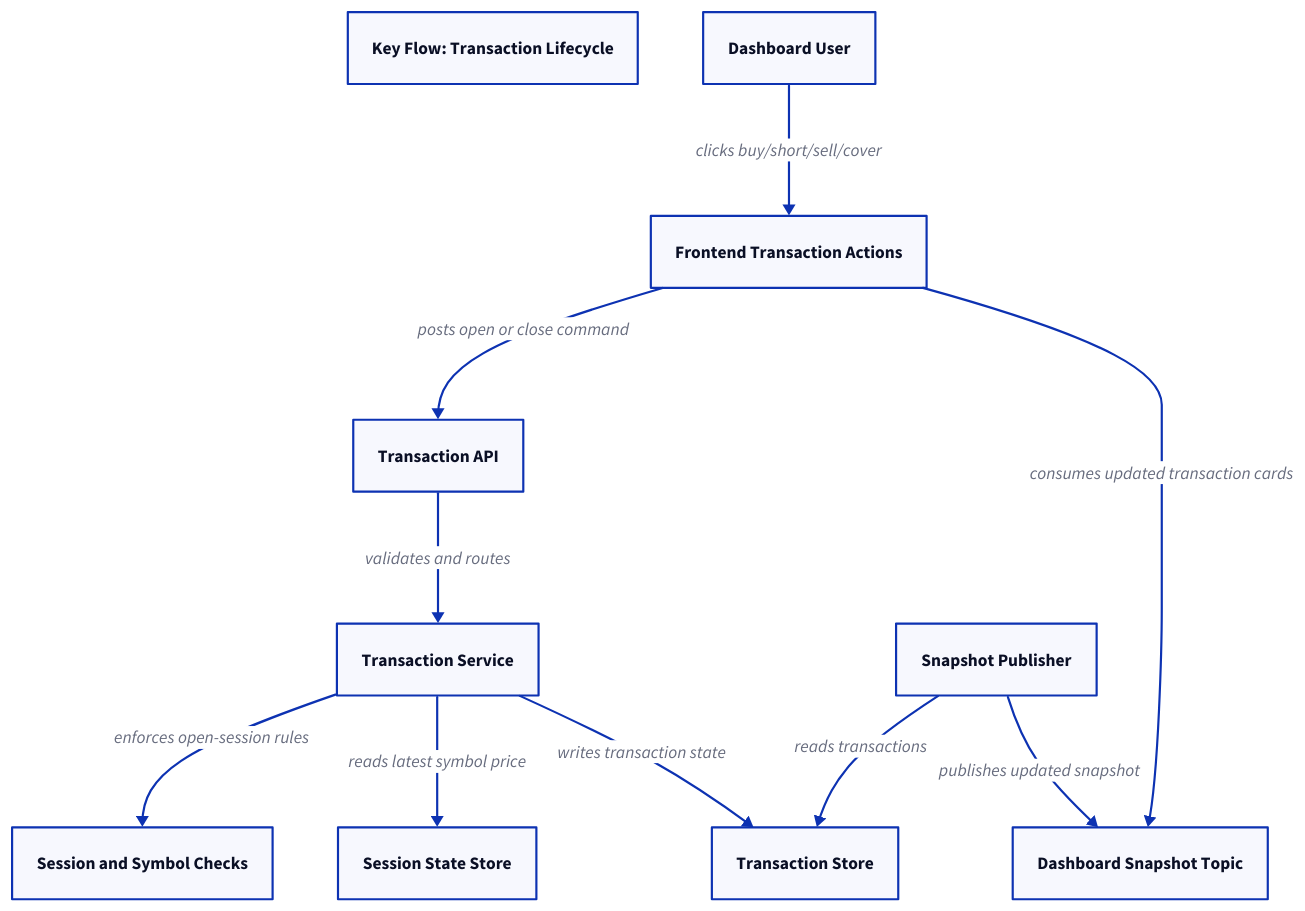
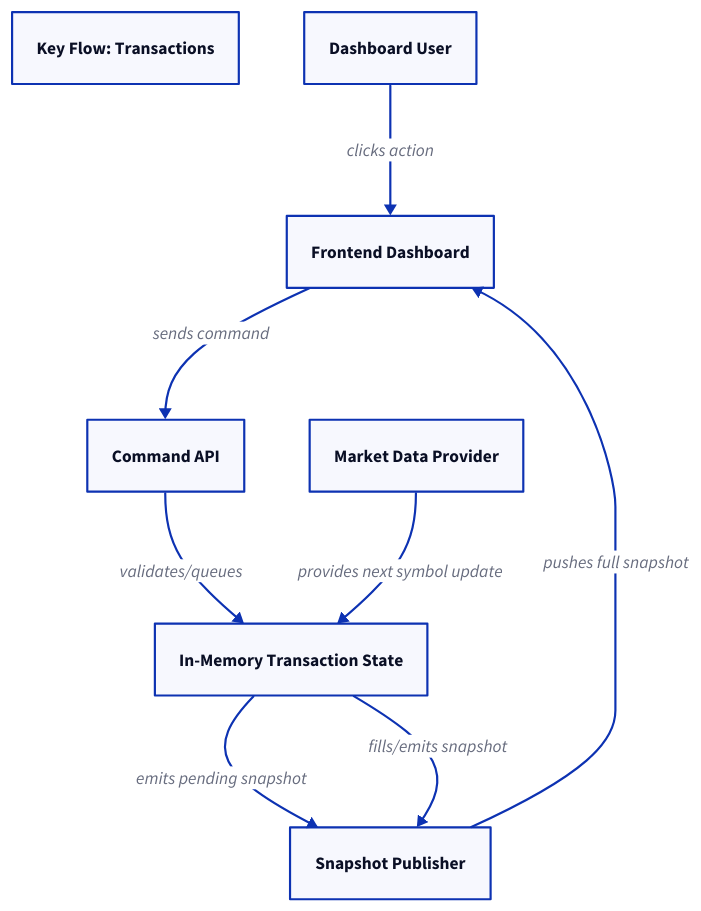
Before and after one commit to TeroTS/stock-dashboard: the diagram in docs/diagrams/key_flow_transactions.d2, drawn with D2. The commit also changed 12 other files, not shown here.

```diff
--- a/docs/diagrams/key_flow_transactions.d2
+++ b/docs/diagrams/key_flow_transactions.d2
@@ -1,21 +1,16 @@
-title: Key Flow: Transaction Lifecycle
+title: Key Flow: Transactions
 
 user: "Dashboard User"
-frontend: "Frontend Transaction Actions"
-tx_api: "Transaction API"
-tx_service: "Transaction Service"
-session_gate: "Session and Symbol Checks"
-session_state: "Session State Store"
-tx_store: "Transaction Store"
-snapshot_publisher: "Snapshot Publisher"
-snapshot_topic: "Dashboard Snapshot Topic"
+frontend: "Frontend Dashboard"
+api: "Command API"
+state: "In-Memory Transaction State"
+provider: "Market Data Provider"
+publisher: "Snapshot Publisher"
 
-user -> frontend: clicks buy/short/sell/cover
-frontend -> tx_api: posts open or close command
-tx_api -> tx_service: validates and routes
-tx_service -> session_gate: enforces open-session rules
-tx_service -> session_state: reads latest symbol price
-tx_service -> tx_store: writes transaction state
-snapshot_publisher -> tx_store: reads transactions
-snapshot_publisher -> snapshot_topic: publishes updated snapshot
-frontend -> snapshot_topic: consumes updated transaction cards
+user -> frontend: clicks action
+frontend -> api: sends command
+api -> state: validates/queues
+state -> publisher: emits pending snapshot
+provider -> state: provides next symbol update
+state -> publisher: fills/emits snapshot
+publisher -> frontend: pushes full snapshot
```
